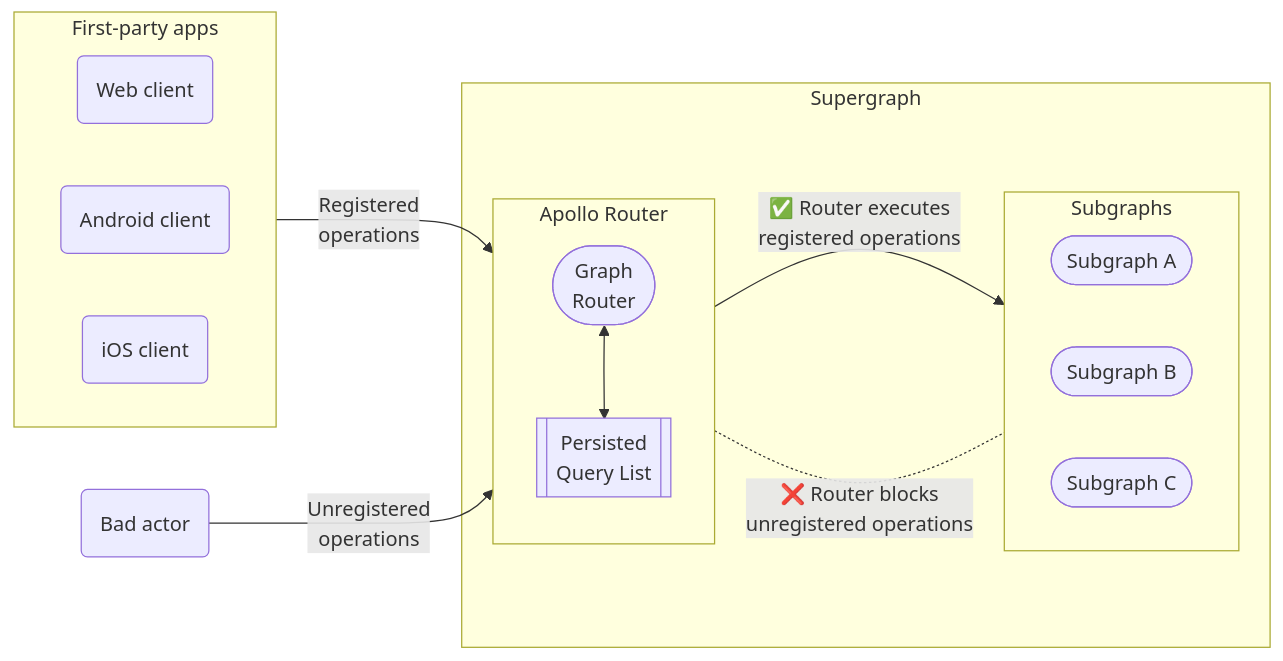
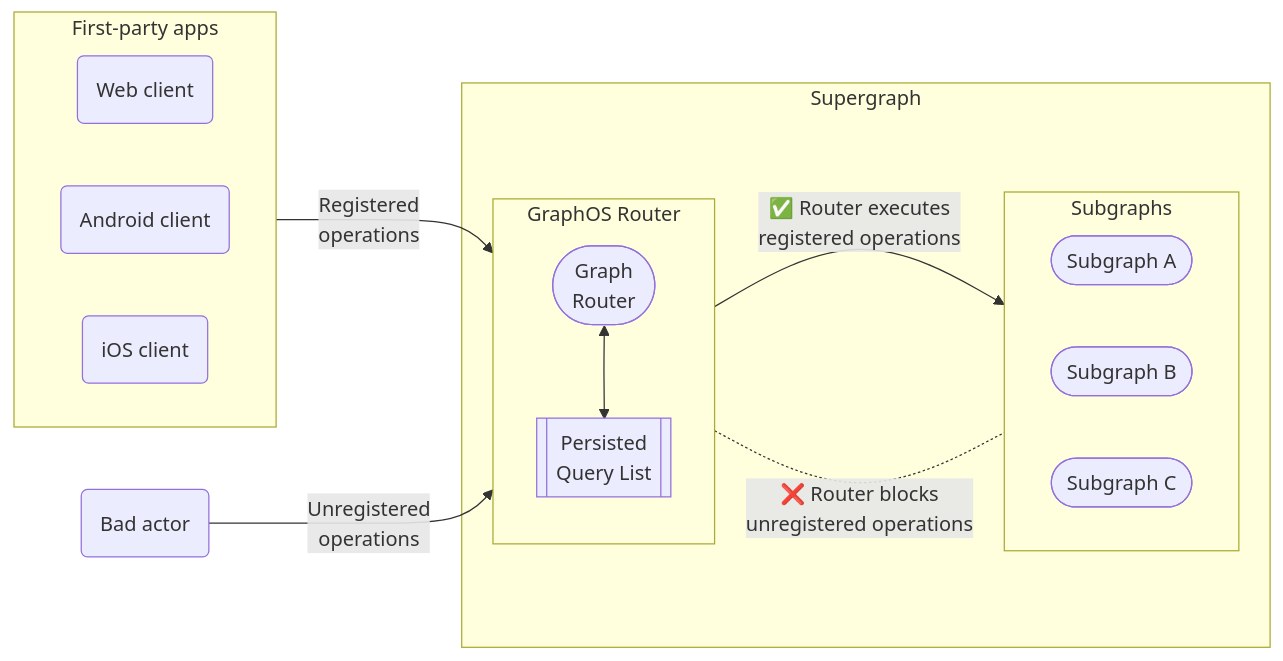
The second of 2 diagrams in src/content/shared/pq-intro.mdx (apollographql/docs), drawn with Mermaid before and after one commit. The commit also changed other lines of this file and 62 other files, not shown here.

````diff
--- a/src/content/shared/pq-intro.mdx
+++ b/src/content/shared/pq-intro.mdx
@@ -25,30 +25,30 @@
 ```mermaid
 flowchart LR
 
 subgraph Apps["First-party apps"]
   direction LR
   webClient("Web client");
   androidClient("Android client");
   iosClient("iOS client");
 end
 bad("Bad actor")
 subgraph Supergraph["Supergraph"]
-subgraph Router["Apollo Router"]
+subgraph Router["GraphOS Router"]
 direction TB
 router(["Graph<br/>Router"]);
 pql[[Persisted<br/>Query List]];
 router <--> pql
 end
 subgraph Subgraphs
 direction LR
 api1(["Subgraph A"]);
 api2(["Subgraph B"]);
 api3(["Subgraph C"]);
 end
 end
 Apps -->|"Registered<br/> operations"| Router
 bad -->|"Unregistered<br/> operations"| Router
 Router -->|"✅ Router executes <br/>registered operations"| Subgraphs
 Router -.-|"❌ Router blocks <br/>unregistered operations"| Subgraphs
 class bad secondary;
 ```
````
